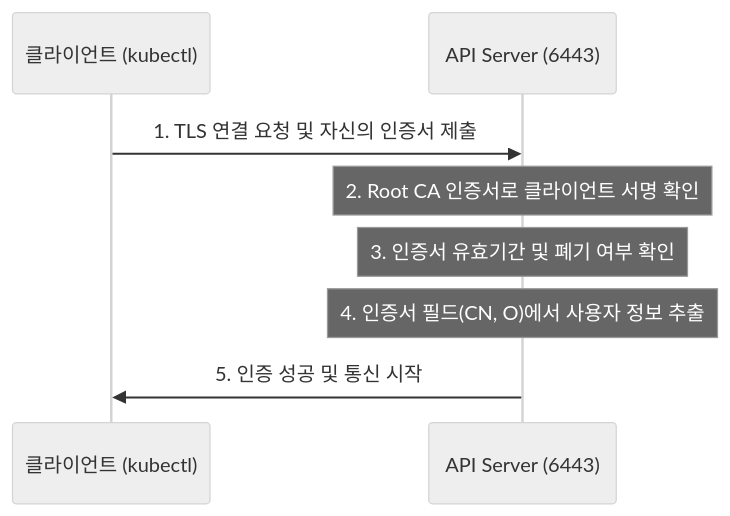
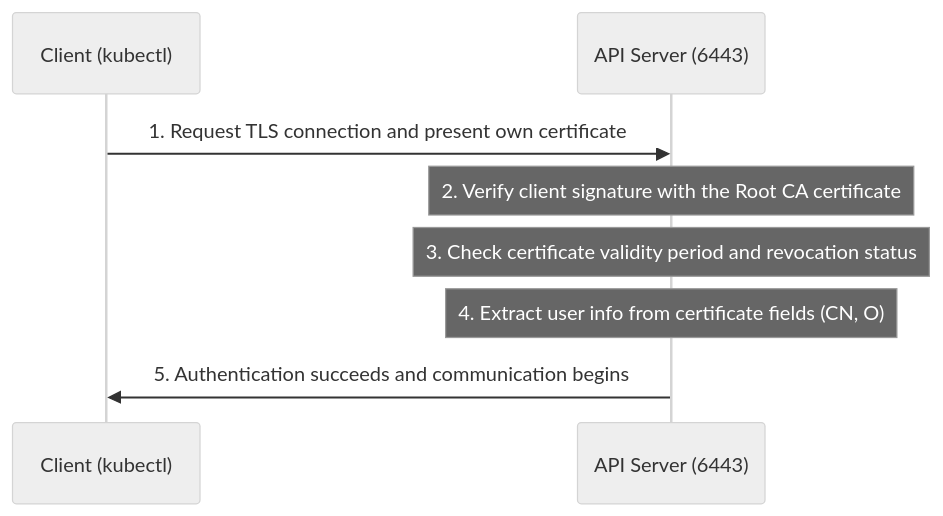
The diagram in content/security/04-implementation/29-client-cert-auth-concept.md (jeonck/k8s-adv), drawn with Mermaid (neutral theme) before and after one commit. The commit also changed other lines of this file and 223 other files, not shown here.

````diff
--- a/content/security/04-implementation/29-client-cert-auth-concept.md
+++ b/content/security/04-implementation/29-client-cert-auth-concept.md
@@ -29,11 +29,11 @@
 ```mermaid
 sequenceDiagram
-    participant C as 클라이언트 (kubectl)
+    participant C as Client (kubectl)
     participant S as API Server (6443)
     
-    C->>S: 1. TLS 연결 요청 및 자신의 인증서 제출
-    Note over S: 2. Root CA 인증서로 클라이언트 서명 확인
-    Note over S: 3. 인증서 유효기간 및 폐기 여부 확인
-    Note over S: 4. 인증서 필드(CN, O)에서 사용자 정보 추출
-    S->>C: 5. 인증 성공 및 통신 시작
+    C->>S: 1. Request TLS connection and present own certificate
+    Note over S: 2. Verify client signature with the Root CA certificate
+    Note over S: 3. Check certificate validity period and revocation status
+    Note over S: 4. Extract user info from certificate fields (CN, O)
+    S->>C: 5. Authentication succeeds and communication begins
 ```
````
